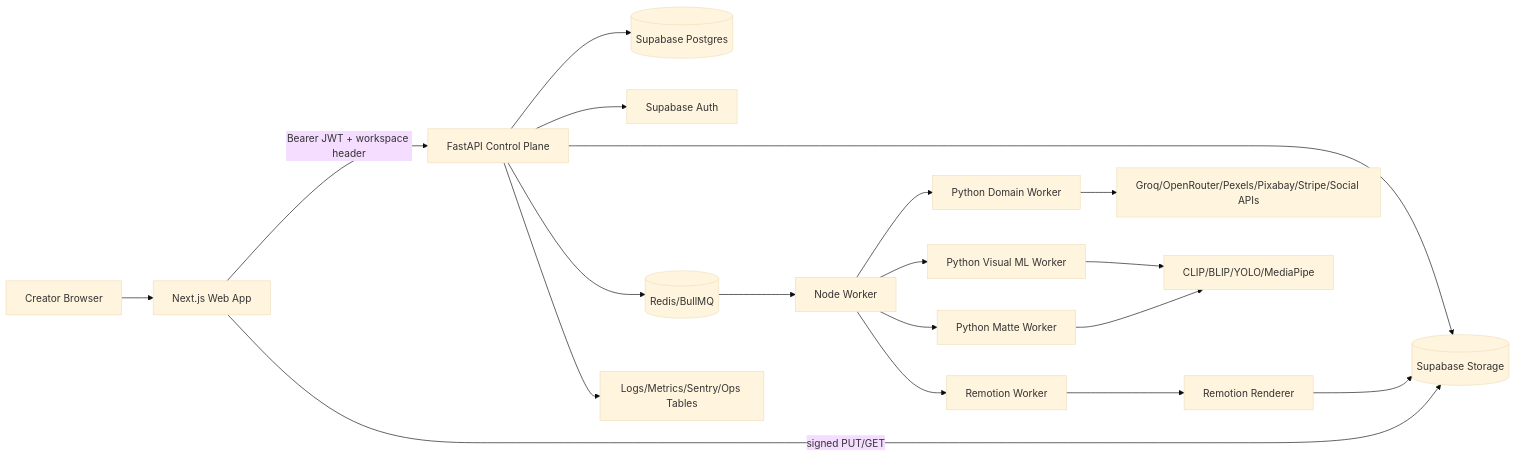
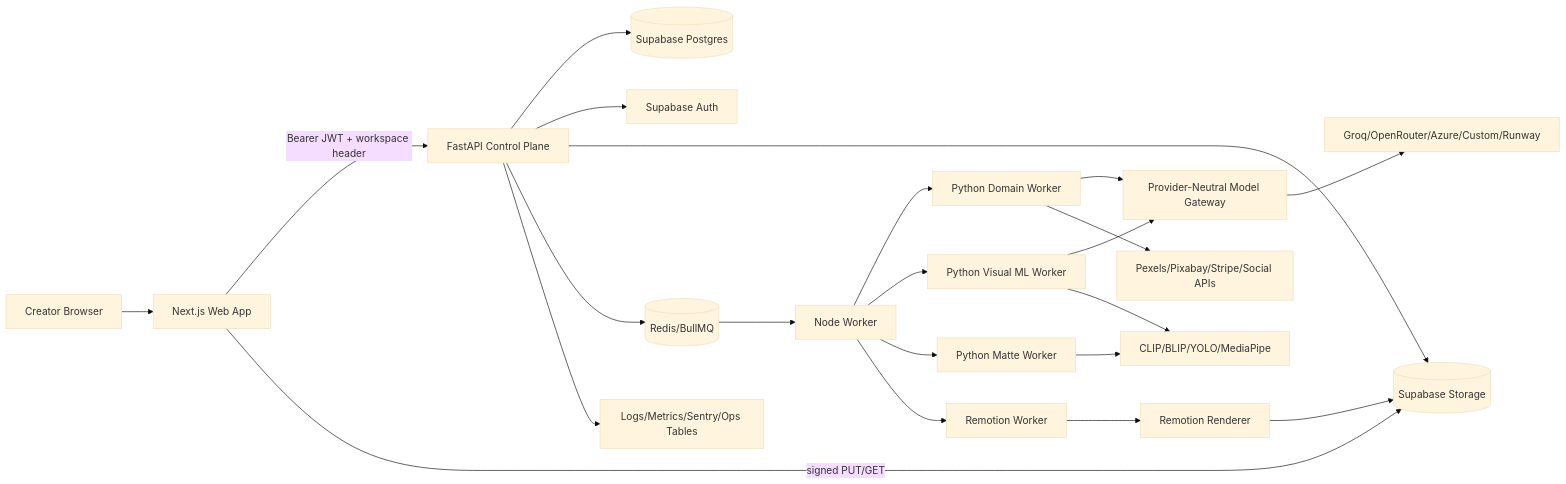
One commit to ToxicTox007/Motionly-claude changed the first of 6 diagrams in docs/architecture/motionly-tech-stack-and-data-flow.md. Above: the diagram before and after it, drawn with Mermaid (base theme). The commit also changed other lines of this file and 410 other files, not shown here.

````diff
--- a/docs/architecture/motionly-tech-stack-and-data-flow.md
+++ b/docs/architecture/motionly-tech-stack-and-data-flow.md
@@ -409,21 +411,24 @@
 ```mermaid
 flowchart LR
   User[Creator Browser] --> Web[Next.js Web App]
   Web -->|Bearer JWT + workspace header| API[FastAPI Control Plane]
   Web -->|signed PUT/GET| Storage[(Supabase Storage)]
   API --> DB[(Supabase Postgres)]
   API --> Auth[Supabase Auth]
   API --> Storage
   API --> Redis[(Redis/BullMQ)]
   Redis --> NodeWorker[Node Worker]
   NodeWorker --> PyDomain[Python Domain Worker]
   NodeWorker --> PyVisual[Python Visual ML Worker]
   NodeWorker --> PyMatte[Python Matte Worker]
   NodeWorker --> RemotionWorker[Remotion Worker]
   RemotionWorker --> Renderer[Remotion Renderer]
-  PyDomain --> Providers[Groq/OpenRouter/Pexels/Pixabay/Stripe/Social APIs]
+  PyDomain --> ModelGateway[Provider-Neutral Model Gateway]
+  PyVisual --> ModelGateway
+  ModelGateway --> ModelProviders[Groq/OpenRouter/Azure/Custom/Runway]
+  PyDomain --> Providers[Pexels/Pixabay/Stripe/Social APIs]
   PyVisual --> MLModels[CLIP/BLIP/YOLO/MediaPipe]
   PyMatte --> MLModels
   Renderer --> Storage
   API --> Observability[Logs/Metrics/Sentry/Ops Tables]
 ```
````
